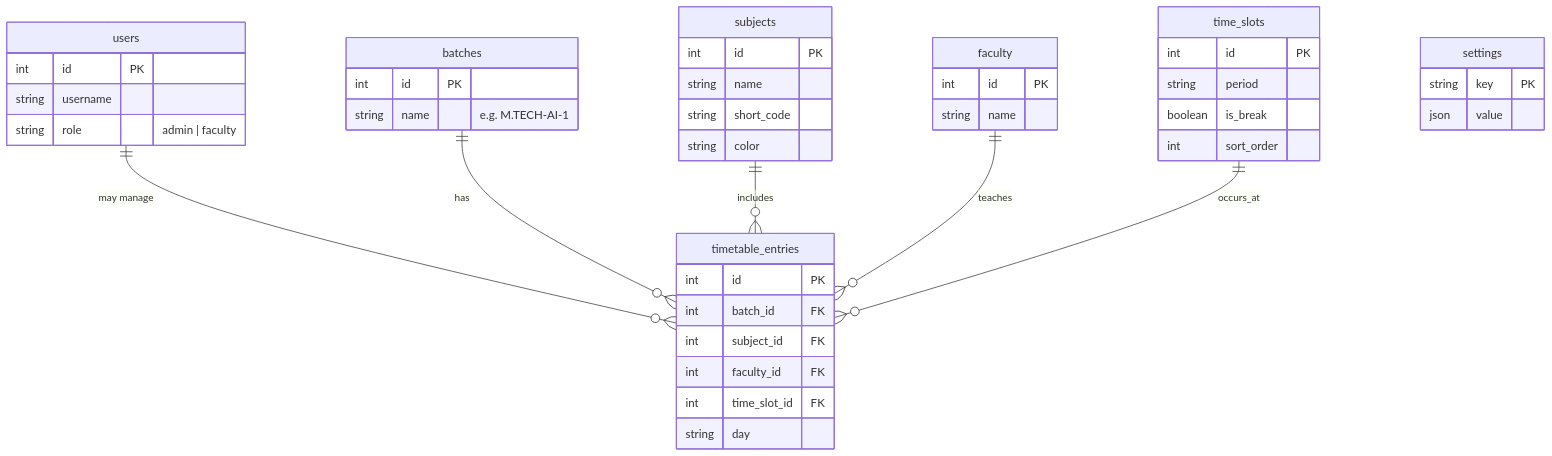
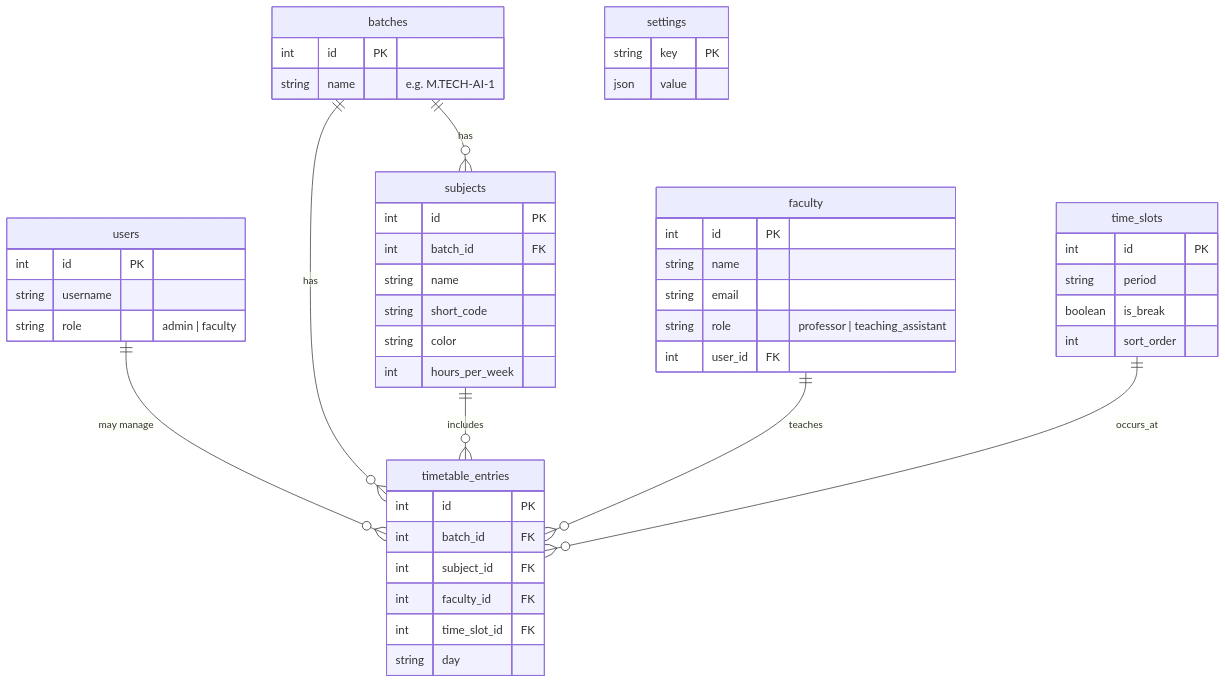
Before and after one commit to AnkitaKumariii/TimeTable: the second of 3 diagrams in architecture.md, drawn with Mermaid. The commit also changed other lines of this file and 1 other file, not shown here.

Commit message:
docs: update README and architecture docs with recent features

````diff
--- a/architecture.md
+++ b/architecture.md
@@ -44,52 +44,58 @@
 ```mermaid
 erDiagram
     users ||--o{ timetable_entries : "may manage"
     batches ||--o{ timetable_entries : has
+    batches ||--o{ subjects : has
     subjects ||--o{ timetable_entries : includes
     faculty ||--o{ timetable_entries : teaches
     time_slots ||--o{ timetable_entries : occurs_at
 
     users {
         int id PK
         string username
         string role "admin | faculty"
     }
 
     batches {
         int id PK
         string name "e.g. M.TECH-AI-1"
     }
 
     subjects {
         int id PK
+        int batch_id FK
         string name
         string short_code
         string color
+        int hours_per_week
     }
 
     faculty {
         int id PK
         string name
+        string email
+        string role "professor | teaching_assistant"
+        int user_id FK
     }
 
     time_slots {
         int id PK
         string period
         boolean is_break
         int sort_order
     }
 
     timetable_entries {
         int id PK
         int batch_id FK
         int subject_id FK
         int faculty_id FK
         int time_slot_id FK
         string day
     }
 
     settings {
         string key PK
         json value
     }
 ```
````
